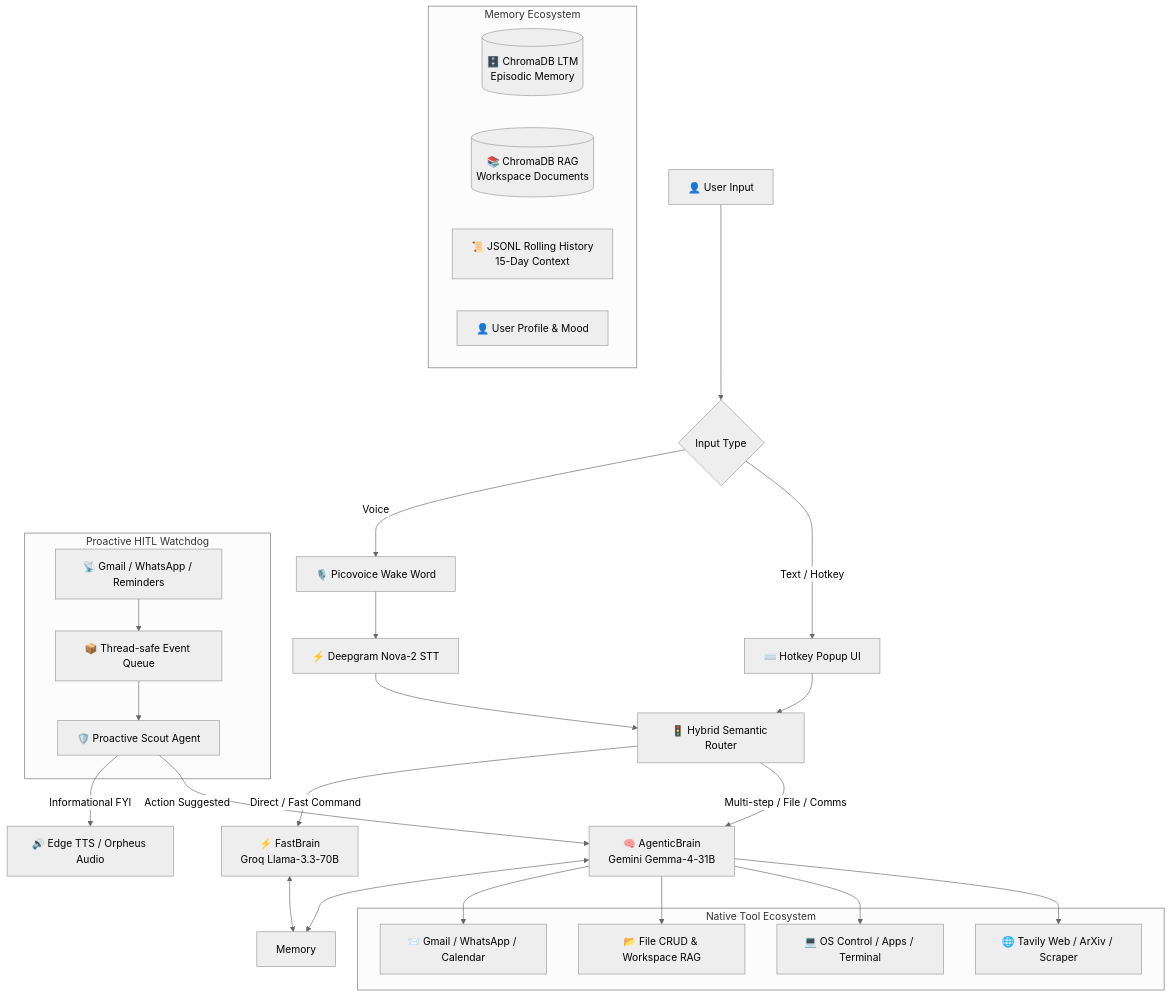
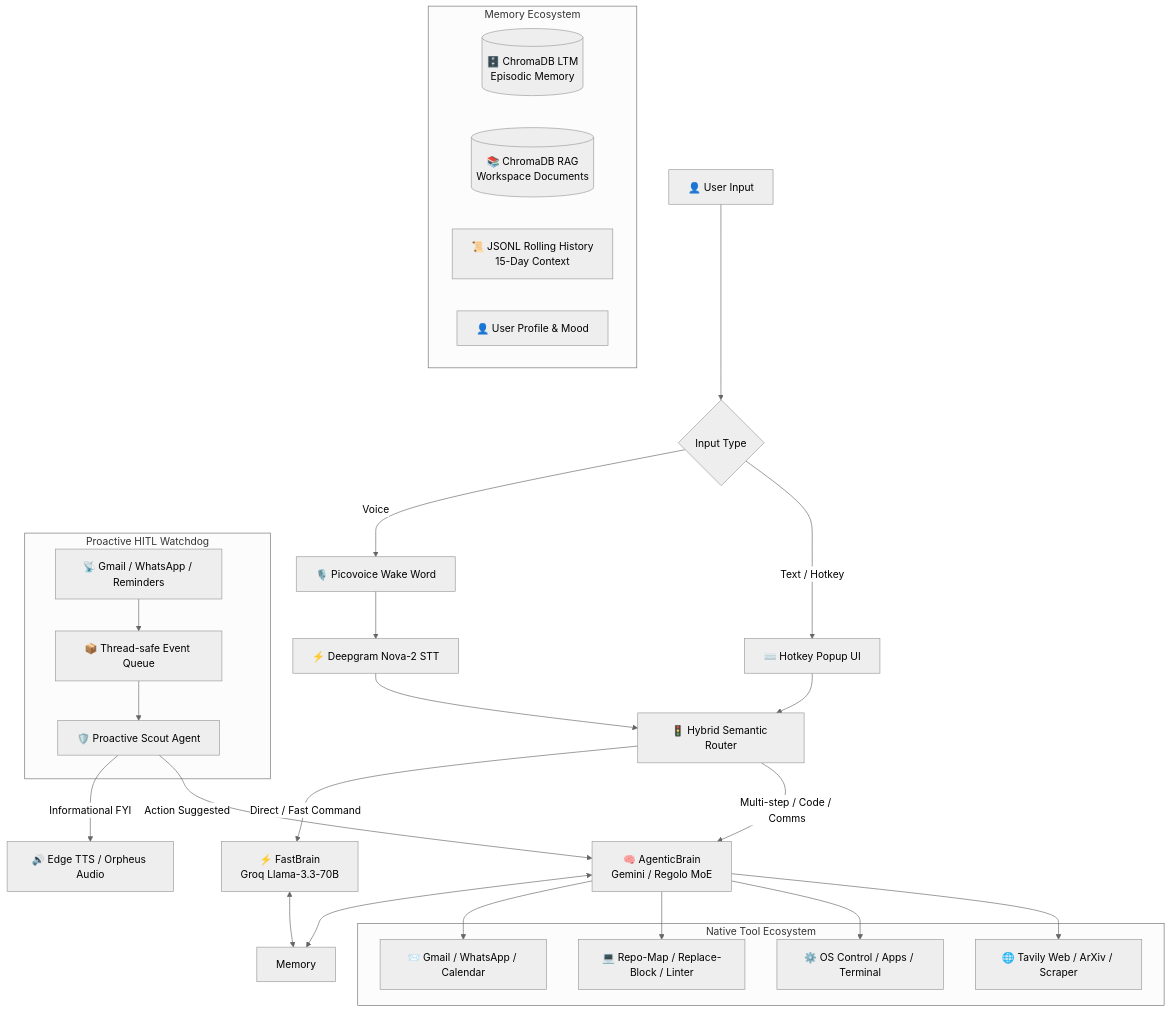
The diagram in README.md (thekaifansari01/Jarvis-OS-Agent), drawn with Mermaid (neutral theme) before and after one commit. The commit also changed other lines of this file and 8 other files, not shown here.

````diff
--- a/README.md
+++ b/README.md
@@ -43,51 +44,52 @@
 ```mermaid
 graph TD
     %% Input Layer
     user_input[👤 User Input] --> input_router{Input Type}
     input_router -->|Voice| wake_word[🎙️ Picovoice Wake Word]
     input_router -->|Text / Hotkey| popup_ui[⌨️ Hotkey Popup UI]
     wake_word --> stt_engine[⚡ Deepgram Nova-2 STT]
 
     %% Router Layer
     stt_engine --> semantic_router[🚦 Hybrid Semantic Router]
     popup_ui --> semantic_router
 
     %% Intelligence Engine
     semantic_router -->|Direct / Fast Command| fast_brain[⚡ FastBrain<br/>Groq Llama-3.3-70B]
-    semantic_router -->|Multi-step / File / Comms| agent_brain[🧠 AgenticBrain<br/>Gemini Gemma-4-31B]
+    semantic_router -->|Multi-step / Code / Comms| agent_brain[🧠 AgenticBrain<br/>Gemini / Regolo MoE]
 
     %% Memory & Context Layer
     subgraph Memory Ecosystem
         ltm_db[(🗄️ ChromaDB LTM<br/>Episodic Memory)]
         rag_db[(📚 ChromaDB RAG<br/>Workspace Documents)]
         context_jsonl[📜 JSONL Rolling History<br/>15-Day Context]
         profile_json[👤 User Profile & Mood]
     end
 
     agent_brain <--> Memory
     fast_brain <--> Memory
 
     %% Execution & Tools Layer
     subgraph Native Tool Ecosystem
         comms_tools[📨 Gmail / WhatsApp / Calendar]
-        fs_tools[📂 File CRUD & Workspace RAG]
-        sys_tools[💻 OS Control / Apps / Terminal]
+        code_tools[💻 Repo-Map / Replace-Block / Linter]
+        sys_tools[⚙️ OS Control / Apps / Terminal]
         search_tools[🌐 Tavily Web / ArXiv / Scraper]
     end
 
     agent_brain --> comms_tools
-    agent_brain --> fs_tools
+    agent_brain --> code_tools
     agent_brain --> sys_tools
     agent_brain --> search_tools
 
     %% Proactive Background Layer
     subgraph Proactive HITL Watchdog
         listeners[📡 Gmail / WhatsApp / Reminders]
         queue[📦 Thread-safe Event Queue]
         scout[🛡️ Proactive Scout Agent]
     end
 
     listeners --> queue --> scout
     scout -->|Informational FYI| tts_out[🔊 Edge TTS / Orpheus Audio]
     scout -->|Action Suggested| agent_brain
+
 ```
````
